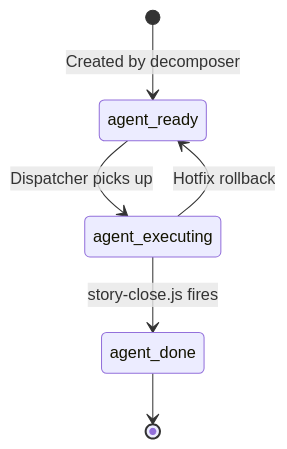
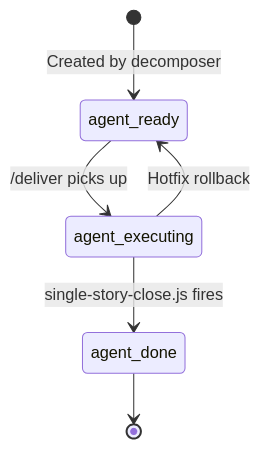
One commit to dsj1984/mandrel changed the sixth of 6 diagrams in docs/architecture.md. Above: the diagram before and after it, drawn with Mermaid. The commit also changed other lines of this file and 827 other files, not shown here.

````diff
--- a/docs/architecture.md
+++ b/docs/architecture.md
@@ -823,9 +769,9 @@
 ```mermaid
 stateDiagram-v2
     [*] --> agent_ready: Created by decomposer
-    agent_ready --> agent_executing: Dispatcher picks up
-    agent_executing --> agent_done: story-close.js fires
+    agent_ready --> agent_executing: /deliver picks up
+    agent_executing --> agent_done: single-story-close.js fires
     agent_done --> [*]
 
     agent_executing --> agent_ready: Hotfix rollback
 ```
````
